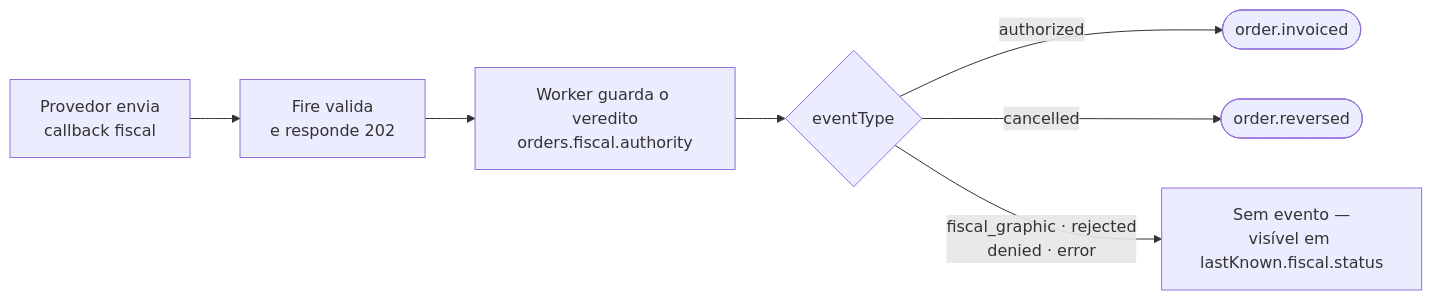
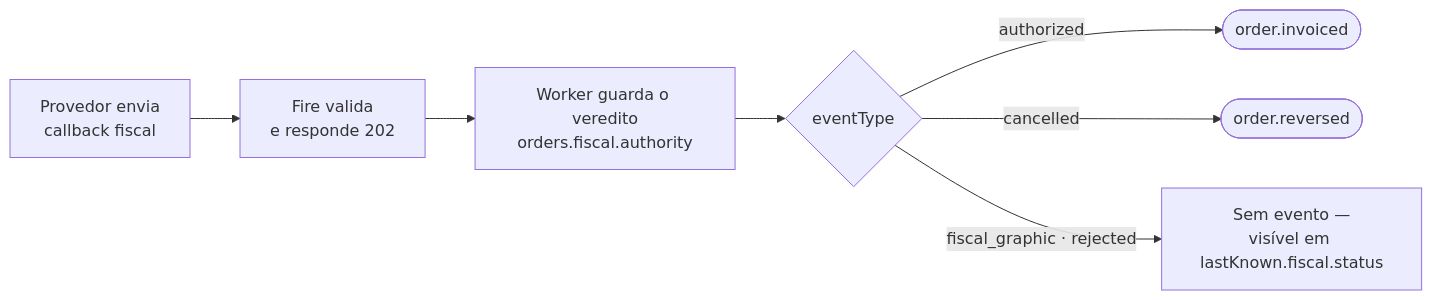
The diagram in pt/fiscal/callback-to-events.mdx (fire-rest/documentation), drawn with Mermaid before and after one commit. The commit also changed other lines of this file and 11 other files, not shown here.

````diff
--- a/pt/fiscal/callback-to-events.mdx
+++ b/pt/fiscal/callback-to-events.mdx
@@ -12,9 +12,9 @@
 ```mermaid
 flowchart LR
     A[Provedor envia<br/>callback fiscal] --> B[Fire valida<br/>e responde 202]
     B --> C[Worker guarda o veredito<br/>orders.fiscal.authority]
     C --> D{eventType}
     D -- authorized --> E([order.invoiced])
     D -- cancelled --> F([order.reversed])
-    D -- fiscal_graphic · rejected<br/>denied · error --> G[Sem evento —<br/>visível em lastKnown.fiscal.status]
+    D -- fiscal_graphic · rejected --> G[Sem evento —<br/>visível em lastKnown.fiscal.status]
 ```
````
